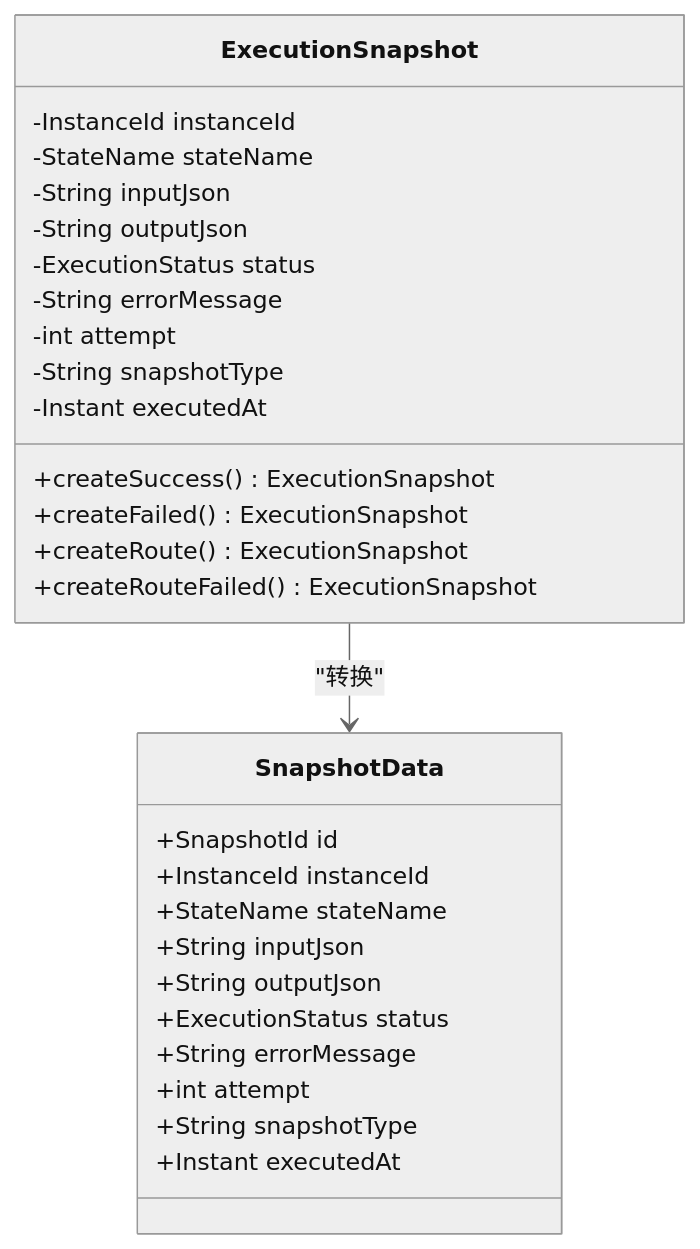
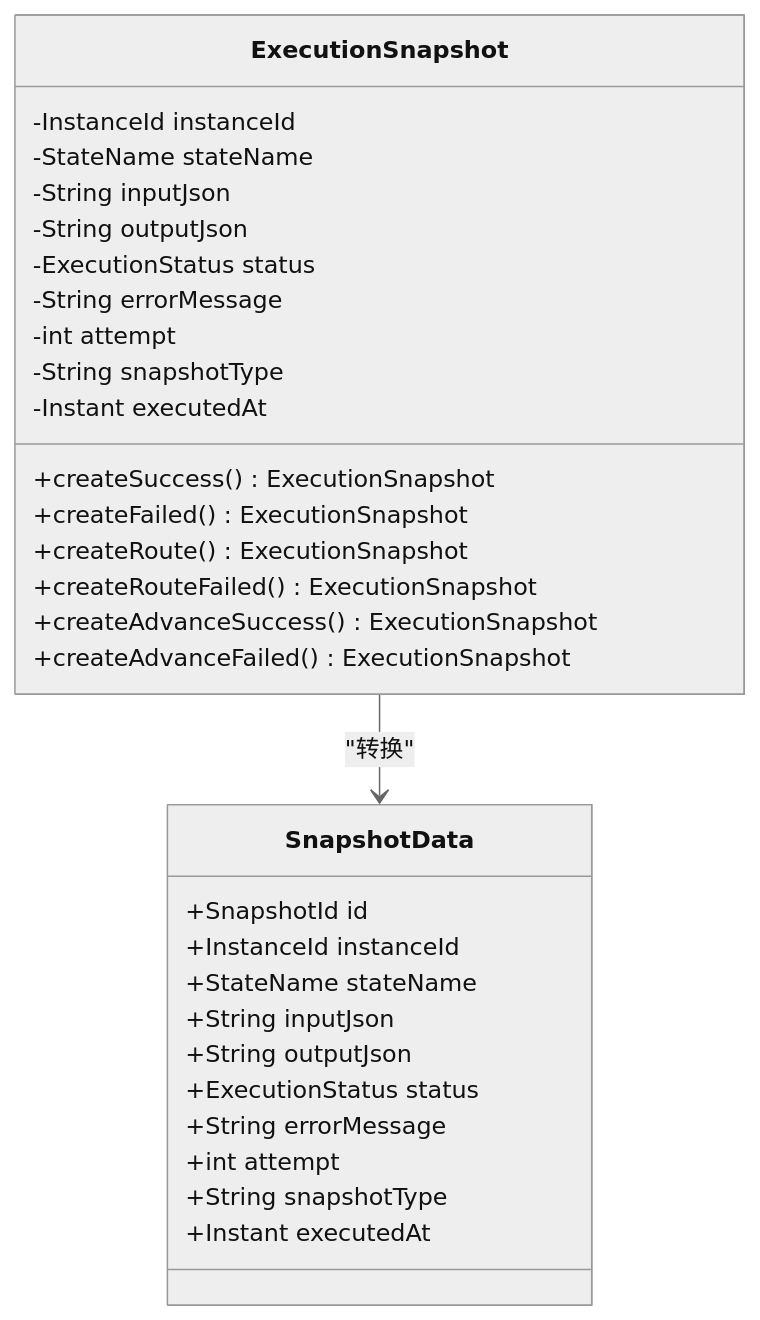
Before and after one commit to xiaoche80s-tech/state-machine-parent: the second of 18 diagrams in .qoder/repowiki/zh/content/快照与恢复/实例恢复机制.md, drawn with Mermaid (neutral theme). The commit also changed other lines of this file and 7 other files, not shown here.

````diff
--- a/.qoder/repowiki/zh/content/快照与恢复/实例恢复机制.md
+++ b/.qoder/repowiki/zh/content/快照与恢复/实例恢复机制.md
@@ -86,31 +96,33 @@
 ```mermaid
 classDiagram
 class ExecutionSnapshot {
 -InstanceId instanceId
 -StateName stateName
 -String inputJson
 -String outputJson
 -ExecutionStatus status
 -String errorMessage
 -int attempt
 -String snapshotType
 -Instant executedAt
 +createSuccess() ExecutionSnapshot
 +createFailed() ExecutionSnapshot
 +createRoute() ExecutionSnapshot
 +createRouteFailed() ExecutionSnapshot
++createAdvanceSuccess() ExecutionSnapshot
++createAdvanceFailed() ExecutionSnapshot
 }
 class SnapshotData {
 +SnapshotId id
 +InstanceId instanceId
 +StateName stateName
 +String inputJson
 +String outputJson
 +ExecutionStatus status
 +String errorMessage
 +int attempt
 +String snapshotType
 +Instant executedAt
 }
 ExecutionSnapshot --> SnapshotData : "转换"
 ```
````
